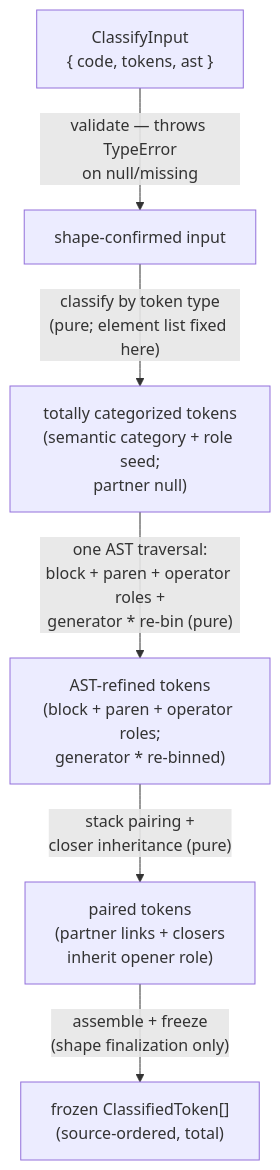
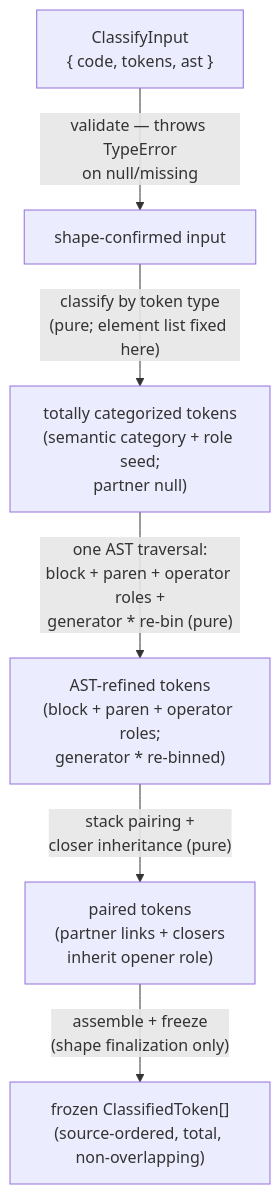
Before and after one commit to codeschoolinabox/curricula: the diagram in src/lib/study-lenses/lib/classifying/DOCS.md, drawn with Mermaid. The commit also changed other lines of this file and 5 other files, not shown here.

````diff
--- a/src/lib/study-lenses/lib/classifying/DOCS.md
+++ b/src/lib/study-lenses/lib/classifying/DOCS.md
@@ -91,15 +93,15 @@
 ```mermaid
 flowchart TD
     In["ClassifyInput<br/>{ code, tokens, ast }"]
     Shaped["shape-confirmed input"]
     Seeded["totally categorized tokens<br/>(semantic category + role seed;<br/>partner null)"]
     Refined["AST-refined tokens<br/>(block + paren + operator roles;<br/>generator * re-binned)"]
     Paired["paired tokens<br/>(partner links + closers<br/>inherit opener role)"]
-    Out["frozen ClassifiedToken[]<br/>(source-ordered, total)"]
+    Out["frozen ClassifiedToken[]<br/>(source-ordered, total, non-overlapping)"]
 
     In -->|"validate — throws TypeError<br/>on null/missing"| Shaped
     Shaped -->|"classify by token type<br/>(pure; element list fixed here)"| Seeded
     Seeded -->|"one AST traversal:<br/>block + paren + operator roles +<br/>generator * re-bin (pure)"| Refined
     Refined -->|"stack pairing +<br/>closer inheritance (pure)"| Paired
     Paired -->|"assemble + freeze<br/>(shape finalization only)"| Out
 ```
````
